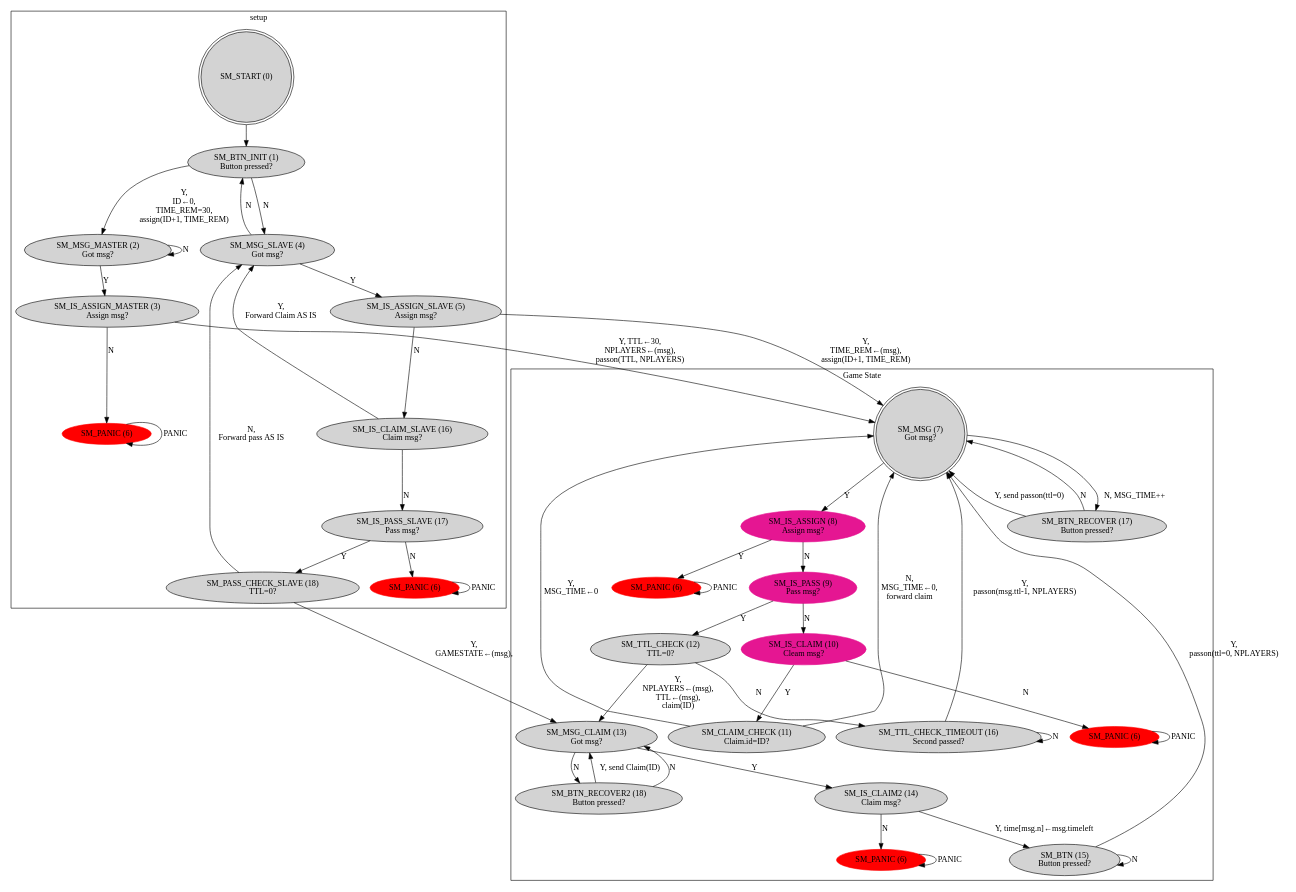
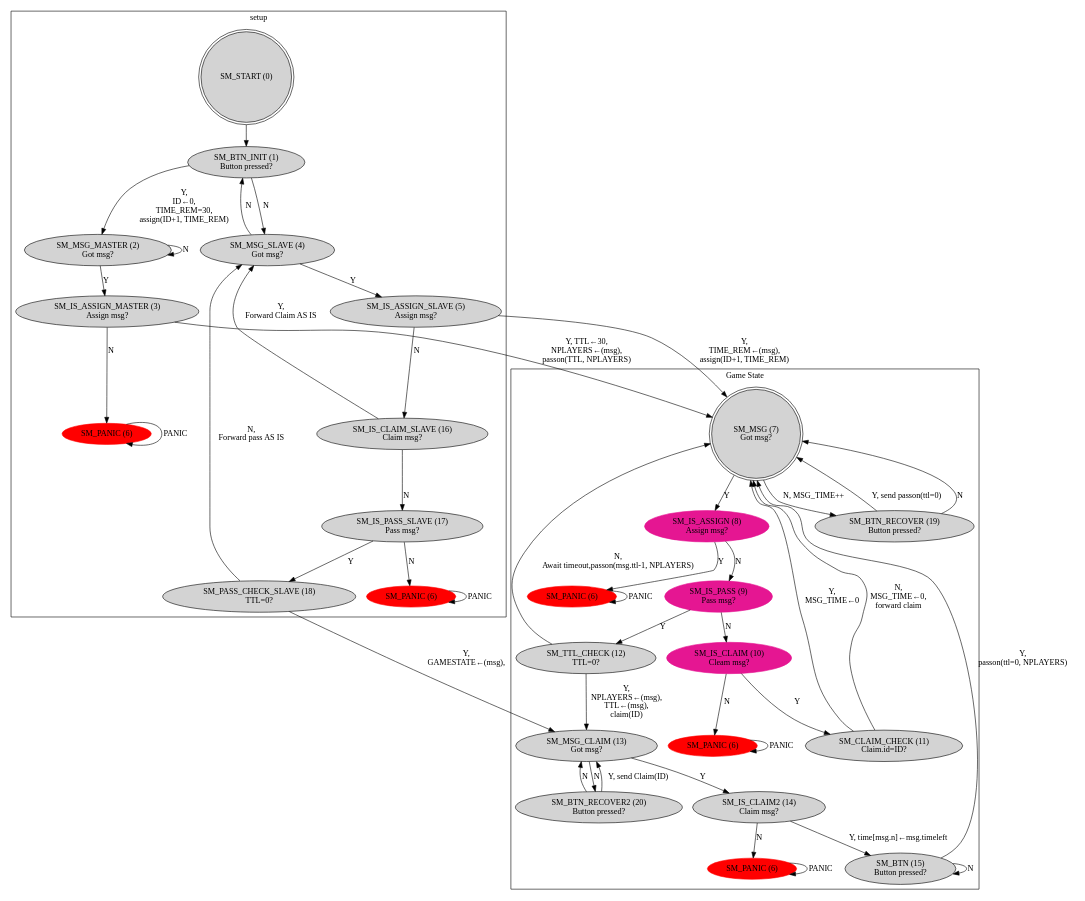
The diagram in docs/statemachine.dot (wutje/stc_nway_chessclock), drawn with Graphviz before and after one commit. The commit also changed 1 other file, not shown here.

Commit message:
Fix statemachine: duplicate state number, dropped non existing ttl_timeout state

```diff
--- a/docs/statemachine.dot
+++ b/docs/statemachine.dot
@@ -1,97 +1,94 @@
 digraph G {
     graph [layout = dot]
 
     subgraph cluster_0 {
         label = "setup";
         node [style = filled];
         SM_START [label = "SM_START (0)", shape=doublecircle];
         SM_BTN_INIT [label = "SM_BTN_INIT (1)\nButton pressed?"];
         SM_MSG_MASTER [label = "SM_MSG_MASTER (2)\nGot msg?"];
         SM_IS_ASSIGN_MASTER [label = "SM_IS_ASSIGN_MASTER (3)\nAssign msg?"];
         SM_MSG_SLAVE [label = "SM_MSG_SLAVE (4)\nGot msg?"];
         SM_IS_ASSIGN_SLAVE [label = "SM_IS_ASSIGN_SLAVE (5)\nAssign msg?"];
         SM_IS_CLAIM_SLAVE [label = "SM_IS_CLAIM_SLAVE (16)\nClaim msg?"];
         SM_IS_PASS_SLAVE [label = "SM_IS_PASS_SLAVE (17)\nPass msg?"];
         SM_PASS_CHECK_SLAVE [label = "SM_PASS_CHECK_SLAVE (18)\nTTL=0?"];
 
         SM_PANIC1 [label = "SM_PANIC (6)", style = filled, color = red];
         SM_PANIC2 [label = "SM_PANIC (6)", style = filled, color = red];
     }
 
     subgraph cluster_1 {
         label = "Game State";
         node [style = filled];
 
         SM_MSG [label = "SM_MSG (7)\nGot msg?", shape=doublecircle];
 
         SM_IS_ASSIGN [color = ".9, .9, .9", label = "SM_IS_ASSIGN (8)\nAssign msg?"];
         SM_IS_PASS [color =  ".9, .9, .9", label = "SM_IS_PASS (9)\nPass msg?"];
         SM_IS_CLAIM [color =   ".9, .9, .9", label = "SM_IS_CLAIM (10)\nCleam msg?"];
 
         SM_CLAIM_CHECK [label = "SM_CLAIM_CHECK (11)\nClaim.id=ID?"];
         SM_TTL_CHECK [label = "SM_TTL_CHECK (12)\nTTL=0?"];
         SM_MSG_CLAIM [label = "SM_MSG_CLAIM (13)\nGot msg?"];
         SM_IS_CLAIM2 [label = "SM_IS_CLAIM2 (14)\nClaim msg?"];
         SM_BTN [label = "SM_BTN (15)\nButton pressed?"];
-        SM_TTL_CHECK_TIMEOUT [label = "SM_TTL_CHECK_TIMEOUT (16)\nSecond passed?"];
-        SM_BTN_RECOVER [label = "SM_BTN_RECOVER (17)\nButton pressed?"];
-        SM_BTN_RECOVER2 [label = "SM_BTN_RECOVER2 (18)\nButton pressed?"];
+        SM_BTN_RECOVER [label = "SM_BTN_RECOVER (19)\nButton pressed?"];
+        SM_BTN_RECOVER2 [label = "SM_BTN_RECOVER2 (20)\nButton pressed?"];
 
         SM_PANIC3 [label = "SM_PANIC (6)", style = filled, color = red];
         SM_PANIC4 [label = "SM_PANIC (6)", style = filled, color = red];
         SM_PANIC5 [label = "SM_PANIC (6)", style = filled, color = red];
     }
 
     // SETUP
     SM_START -> SM_BTN_INIT;
     SM_BTN_INIT -> SM_MSG_MASTER [label = "Y,\nID←0,\nTIME_REM=30,\nassign(ID+1, TIME_REM)"];
     SM_BTN_INIT -> SM_MSG_SLAVE [label = "N"];
     SM_MSG_MASTER -> SM_IS_ASSIGN_MASTER [label = "Y"];
     SM_MSG_MASTER -> SM_MSG_MASTER [label = "N"];
     SM_IS_ASSIGN_MASTER -> SM_MSG [label = "Y, TTL←30,\nNPLAYERS←(msg),\npasson(TTL, NPLAYERS)"];
     SM_IS_ASSIGN_MASTER -> SM_PANIC1 [label = "N"];
     SM_MSG_SLAVE -> SM_IS_ASSIGN_SLAVE [label = "Y"];
     SM_MSG_SLAVE -> SM_BTN_INIT [label = "N"];
     SM_IS_ASSIGN_SLAVE -> SM_MSG [label = "Y,\nTIME_REM←(msg),\nassign(ID+1, TIME_REM)"];
     SM_IS_ASSIGN_SLAVE -> SM_IS_CLAIM_SLAVE [label = "N"];
     SM_IS_CLAIM_SLAVE -> SM_MSG_SLAVE [label = "Y,\nForward Claim AS IS"];
     SM_IS_CLAIM_SLAVE -> SM_IS_PASS_SLAVE [label = "N"];
     SM_IS_PASS_SLAVE -> SM_PASS_CHECK_SLAVE [label = "Y"];
     SM_IS_PASS_SLAVE -> SM_PANIC2 [label = "N"];
     SM_PASS_CHECK_SLAVE -> SM_MSG_CLAIM [label = "Y,\nGAMESTATE←(msg),\n"];
     SM_PASS_CHECK_SLAVE -> SM_MSG_SLAVE [label = "N,\nForward pass AS IS"];
 
     SM_PANIC1 -> SM_PANIC1 [label = "PANIC"];
     SM_PANIC2 -> SM_PANIC2 [label = "PANIC"];
     SM_PANIC3 -> SM_PANIC3 [label = "PANIC"];
     SM_PANIC4 -> SM_PANIC4 [label = "PANIC"];
     SM_PANIC5 -> SM_PANIC5 [label = "PANIC"];
 
     // REGULAR GAME
     SM_MSG -> SM_IS_ASSIGN [label = "Y"];
     SM_MSG -> SM_BTN_RECOVER [label = "N, MSG_TIME++"];
     SM_BTN_RECOVER -> SM_MSG [label = "Y, send passon(ttl=0)"];
     SM_BTN_RECOVER -> SM_MSG [label = "N"];
     SM_IS_ASSIGN -> SM_PANIC3 [label = "Y"];
     SM_IS_ASSIGN -> SM_IS_PASS [label = "N"];
     SM_IS_PASS -> SM_TTL_CHECK [label = "Y"];
     SM_IS_PASS -> SM_IS_CLAIM [label = "N"];
     SM_IS_CLAIM -> SM_CLAIM_CHECK [label = "Y"];
     SM_IS_CLAIM -> SM_PANIC4 [label = "N"];
     SM_CLAIM_CHECK -> SM_MSG [label = "Y,\nMSG_TIME←0"];
     SM_CLAIM_CHECK -> SM_MSG [label = "N,\nMSG_TIME←0,\nforward claim"];
     SM_TTL_CHECK -> SM_MSG_CLAIM [label = "Y,\nNPLAYERS←(msg),\nTTL←(msg),\nclaim(ID)"];
-    SM_TTL_CHECK -> SM_TTL_CHECK_TIMEOUT [label = "N"];
-    SM_TTL_CHECK_TIMEOUT -> SM_MSG [label = "Y,\npasson(msg.ttl-1, NPLAYERS)"];
-    SM_TTL_CHECK_TIMEOUT -> SM_TTL_CHECK_TIMEOUT [label = "N"];
+    SM_TTL_CHECK -> SM_MSG [label = "N,\nAwait timeout,passon(msg.ttl-1, NPLAYERS)"];
     SM_MSG_CLAIM -> SM_IS_CLAIM2 [label = "Y"];
     SM_MSG_CLAIM -> SM_BTN_RECOVER2 [label = "N"];
 
     SM_BTN_RECOVER2 -> SM_MSG_CLAIM [label = "Y, send Claim(ID)"];
     SM_BTN_RECOVER2 -> SM_MSG_CLAIM [label = "N"];
 
     SM_IS_CLAIM2 -> SM_BTN [label = "Y, time[msg.n]←msg.timeleft"];
     SM_IS_CLAIM2 -> SM_PANIC5 [label = "N"];
     SM_BTN -> SM_MSG [label = "Y,\npasson(ttl=0, NPLAYERS)"];
     SM_BTN -> SM_BTN [label = "N"];
 }
```
